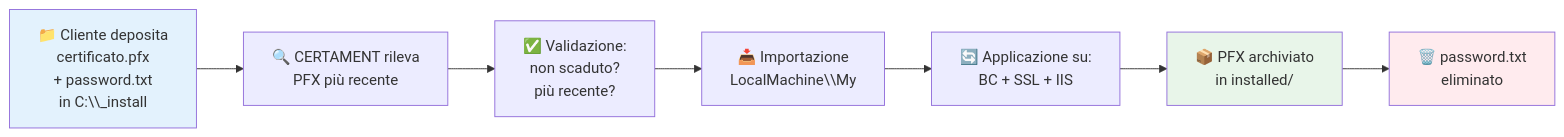
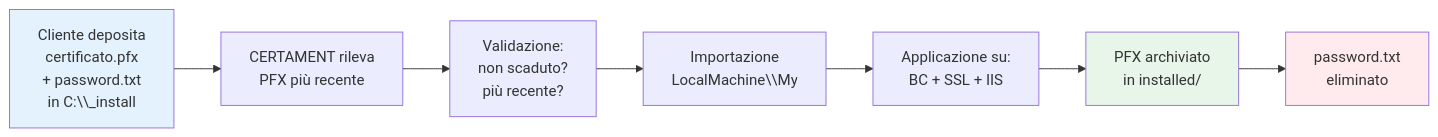
The fourth of 4 diagrams in docs/CERTAMENT-Diagrammi.md (P1TT0/CERTAMENT), drawn with Mermaid before and after one commit. The commit also changed other lines of this file, not shown here.

Commit message:
Remove emojis from docs diagrams for cleaner presentation

````diff
--- a/docs/CERTAMENT-Diagrammi.md
+++ b/docs/CERTAMENT-Diagrammi.md
@@ -190,14 +190,14 @@
 ```mermaid
 flowchart LR
-    UPLOAD["📁 Cliente deposita<br/>certificato.pfx<br/>+ password.txt<br/>in C:\\_install"]
-    --> DETECT["🔍 CERTAMENT rileva<br/>PFX più recente"]
-    --> VALIDATE["✅ Validazione:<br/>non scaduto?<br/>più recente?"]
-    --> INSTALL["📥 Importazione<br/>LocalMachine\\My"]
-    --> APPLY["🔄 Applicazione su:<br/>BC + SSL + IIS"]
-    --> ARCHIVE["📦 PFX archiviato<br/>in installed/"]
-    --> CLEANUP["🗑️ password.txt<br/>eliminato"]
+    UPLOAD["Cliente deposita<br/>certificato.pfx<br/>+ password.txt<br/>in C:\\_install"]
+    --> DETECT["CERTAMENT rileva<br/>PFX più recente"]
+    --> VALIDATE["Validazione:<br/>non scaduto?<br/>più recente?"]
+    --> INSTALL["Importazione<br/>LocalMachine\\My"]
+    --> APPLY["Applicazione su:<br/>BC + SSL + IIS"]
+    --> ARCHIVE["PFX archiviato<br/>in installed/"]
+    --> CLEANUP["password.txt<br/>eliminato"]
 
     style UPLOAD fill:#E3F2FD
     style ARCHIVE fill:#E8F5E9
     style CLEANUP fill:#FFEBEE
 ```
````
